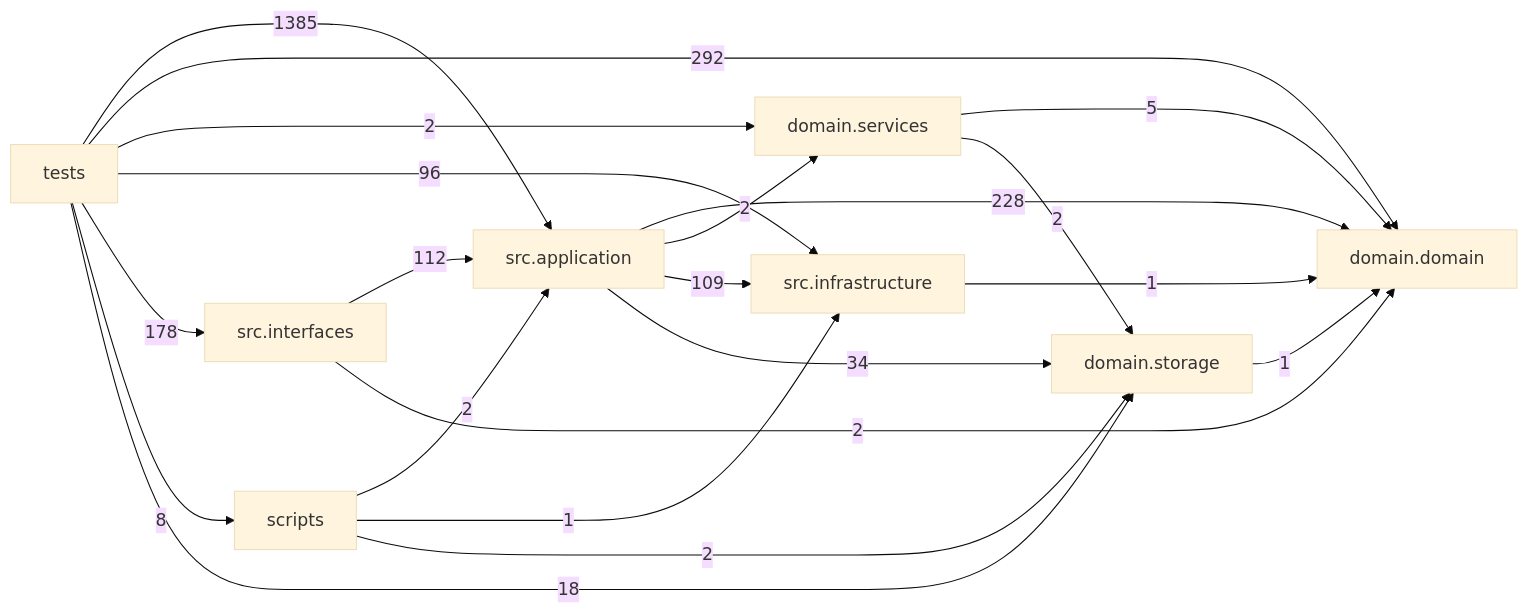
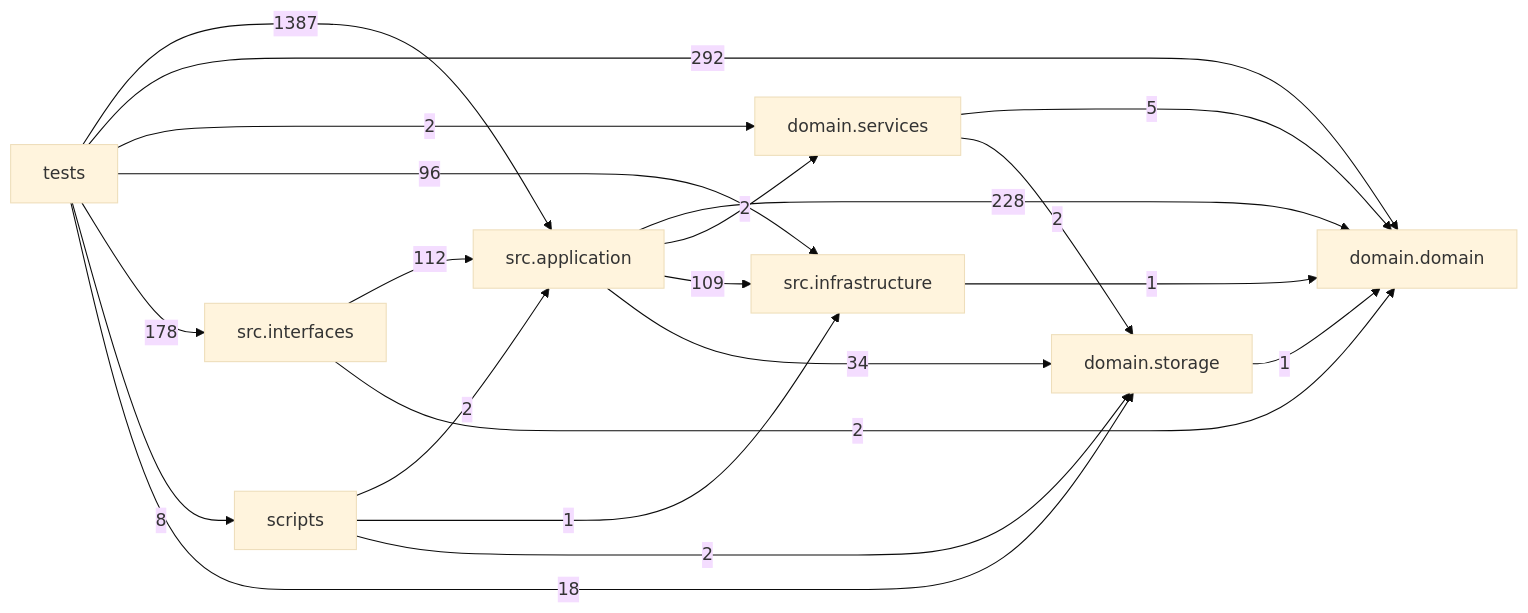
Before and after one commit to liuxie066/options-monitor: the diagram in docs/DEPENDENCY_GRAPH.md, drawn with Mermaid (base theme). The commit also changed other lines of this file and 4 other files, not shown here.

````diff
--- a/docs/DEPENDENCY_GRAPH.md
+++ b/docs/DEPENDENCY_GRAPH.md
@@ -24,31 +24,31 @@
 ```mermaid
 flowchart LR
   tests["tests"]
   scripts["scripts"]
   interfaces["src.interfaces"]
   application["src.application"]
   infrastructure["src.infrastructure"]
   domain_services["domain.services"]
   domain["domain.domain"]
   storage["domain.storage"]
   application -->|228| domain
   application -->|2| domain_services
   application -->|109| infrastructure
   application -->|34| storage
   domain_services -->|5| domain
   domain_services -->|2| storage
   infrastructure -->|1| domain
   interfaces -->|112| application
   interfaces -->|2| domain
   scripts -->|2| application
   scripts -->|1| infrastructure
   scripts -->|2| storage
   storage -->|1| domain
-  tests -->|1385| application
+  tests -->|1387| application
   tests -->|292| domain
   tests -->|2| domain_services
   tests -->|96| infrastructure
   tests -->|178| interfaces
   tests -->|8| scripts
   tests -->|18| storage
 ```
````
